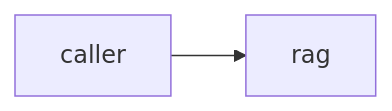
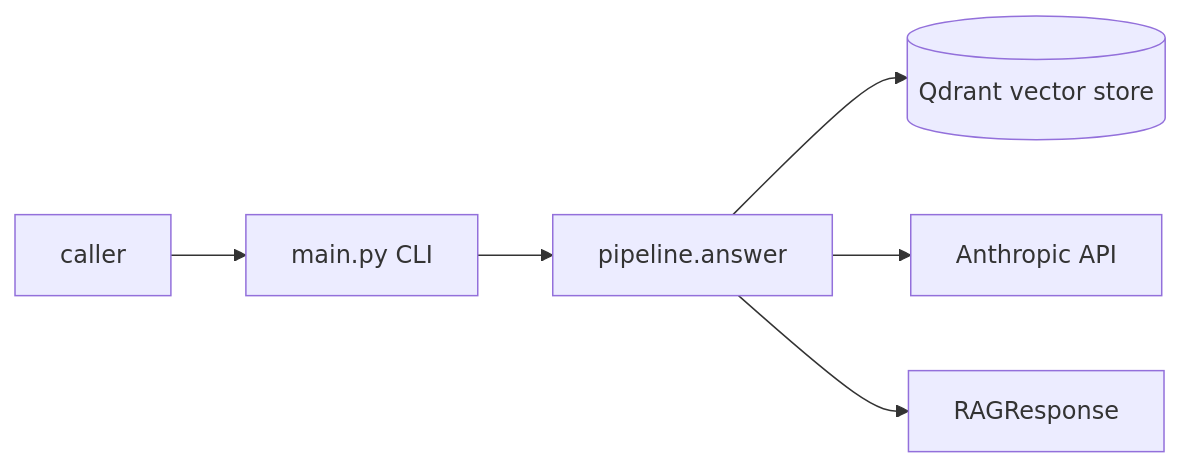
The first of 2 diagrams in docs/architecture/overview.md (costin101/rag), drawn with Mermaid before and after one commit. The commit also changed other lines of this file and 7 other files, not shown here.

Commit message:
feat(rag): add single-query CLI, gated live test and overview amendment (#7)

````diff
--- a/docs/architecture/overview.md
+++ b/docs/architecture/overview.md
@@ -12,4 +12,8 @@
 ```mermaid
 flowchart LR
-  U["caller"] --> S["rag"]
+  U["caller"] --> M["main.py CLI"]
+  M --> P["pipeline.answer"]
+  P --> Q[("Qdrant vector store")]
+  P --> A["Anthropic API"]
+  P --> R["RAGResponse"]
 ```
````
